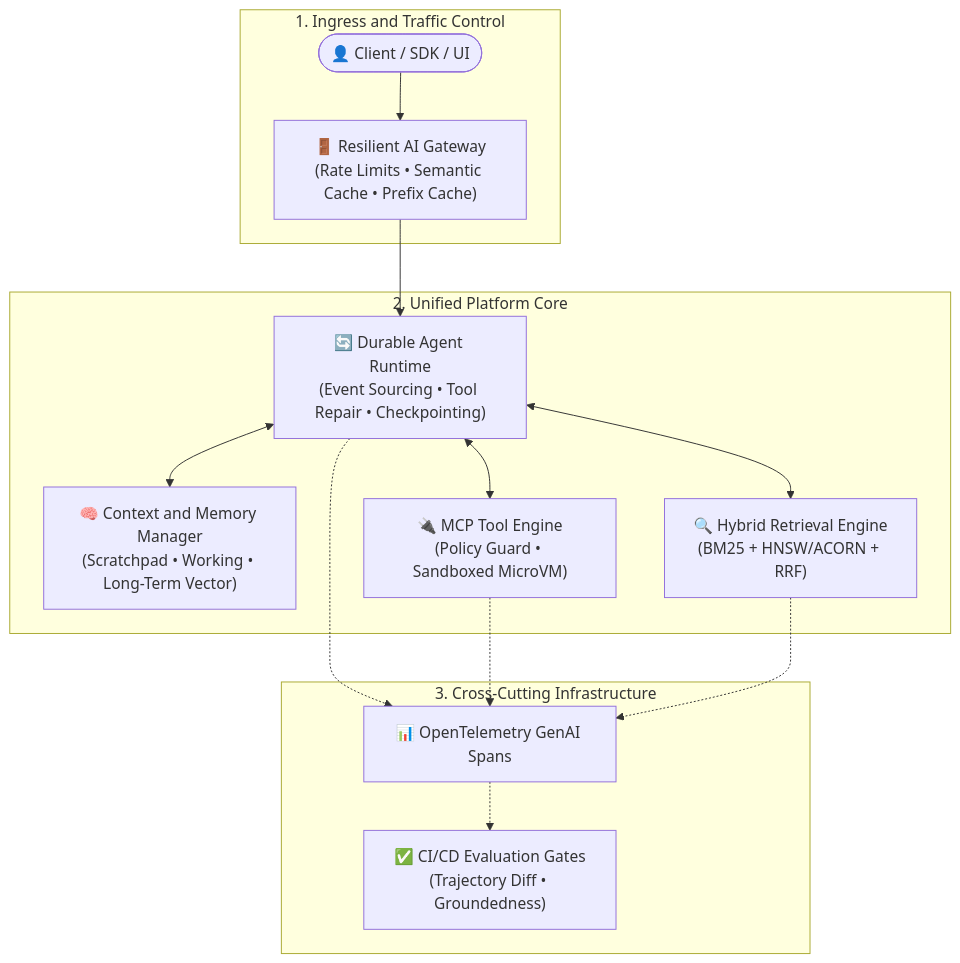
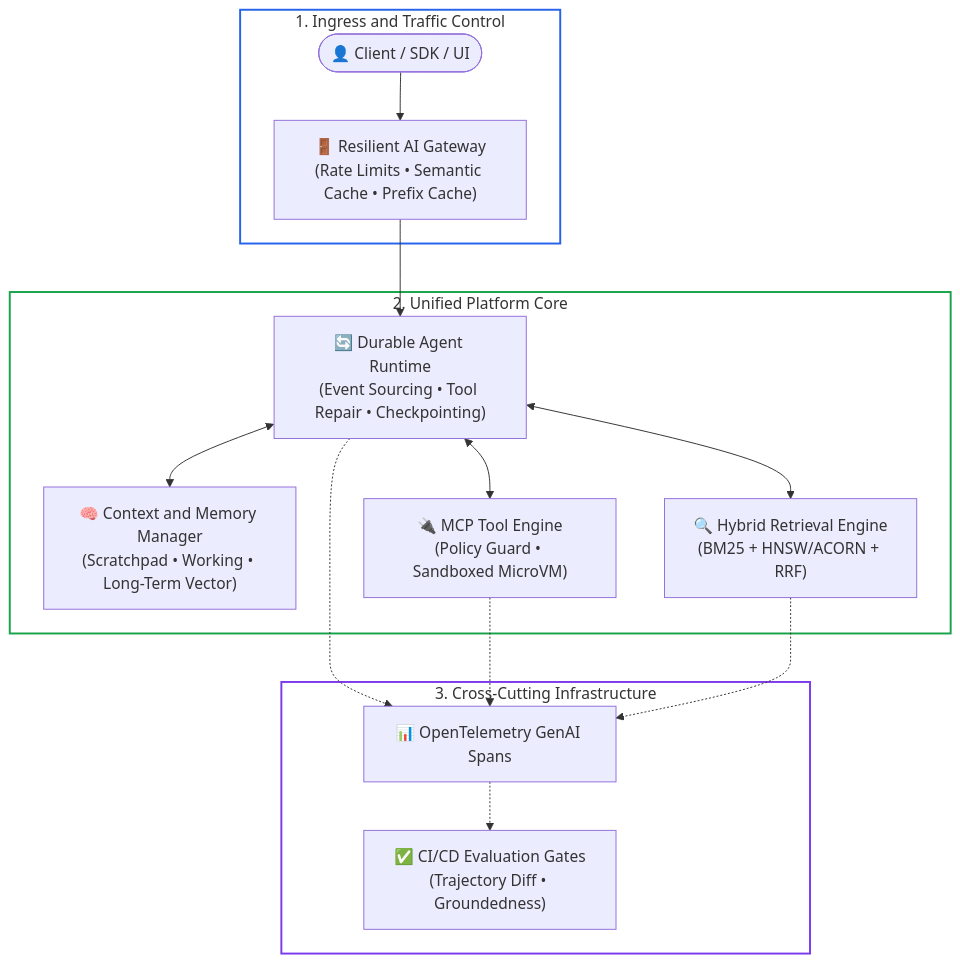
The first of 7 diagrams in ai-platform-and-agent-infrastructure-roadmap.md (dip4k/senior-engineer-to-ai-engineer-roadmap), drawn with Mermaid before and after one commit. The commit also changed other lines of this file and 49 other files, not shown here.

First line of the commit message:
feat(curriculum): complete 2026 refactoring across roadmaps, use-cases, labs, and agent-forge

````diff
--- a/ai-platform-and-agent-infrastructure-roadmap.md
+++ b/ai-platform-and-agent-infrastructure-roadmap.md
@@ -42,21 +43,25 @@
 ```mermaid
 flowchart TD
     subgraph ClientPlane ["1. Ingress and Traffic Control"]
         User(["👤 Client / SDK / UI"]) --> Gateway["🚪 Resilient AI Gateway<br>(Rate Limits • Semantic Cache • Prefix Cache)"]
     end
 
     subgraph PlatformPlane ["2. Unified Platform Core"]
         Gateway --> Orchestrator["🔄 Durable Agent Runtime<br>(Event Sourcing • Tool Repair • Checkpointing)"]
         
         Orchestrator <--> ContextMgr["🧠 Context and Memory Manager<br>(Scratchpad • Working • Long-Term Vector)"]
         Orchestrator <--> ToolEngine["🔌 MCP Tool Engine<br>(Policy Guard • Sandboxed MicroVM)"]
         Orchestrator <--> HybridRAG["🔍 Hybrid Retrieval Engine<br>(BM25 + HNSW/ACORN + RRF)"]
     end
 
     subgraph ObservabilityPlane ["3. Cross-Cutting Infrastructure"]
         Orchestrator -.-> OTel["📊 OpenTelemetry GenAI Spans"]
         ToolEngine -.-> OTel
         HybridRAG -.-> OTel
         OTel -.-> EvalGate["✅ CI/CD Evaluation Gates<br>(Trajectory Diff • Groundedness)"]
     end
+
+    style ClientPlane fill:none,stroke:#2563eb,stroke-width:2px
+    style PlatformPlane fill:none,stroke:#16a34a,stroke-width:2px
+    style ObservabilityPlane fill:none,stroke:#7c3aed,stroke-width:2px
 ```
````
